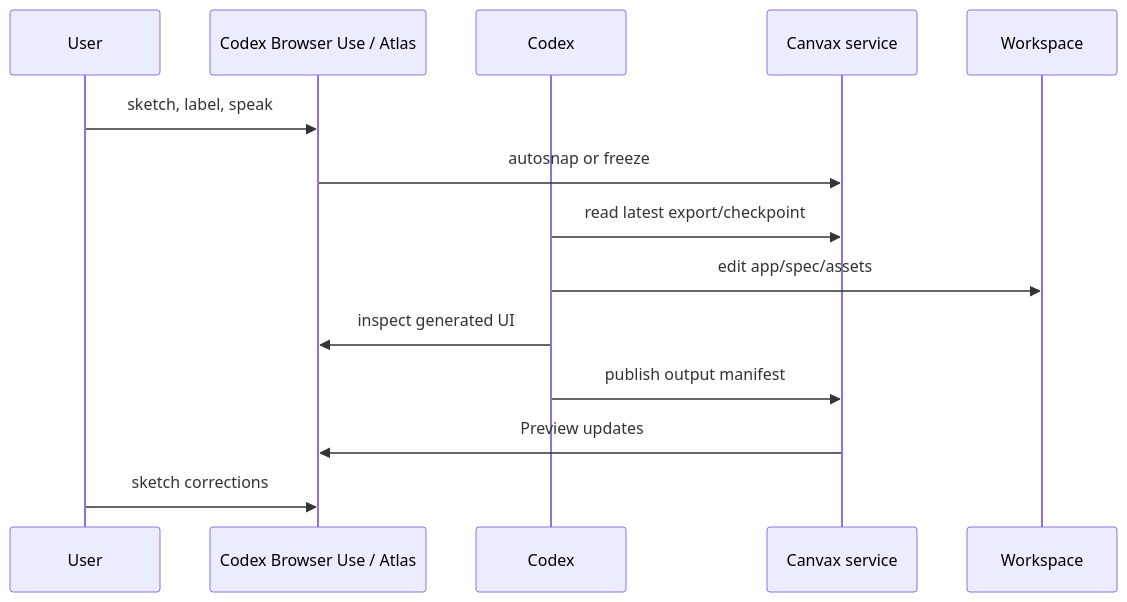
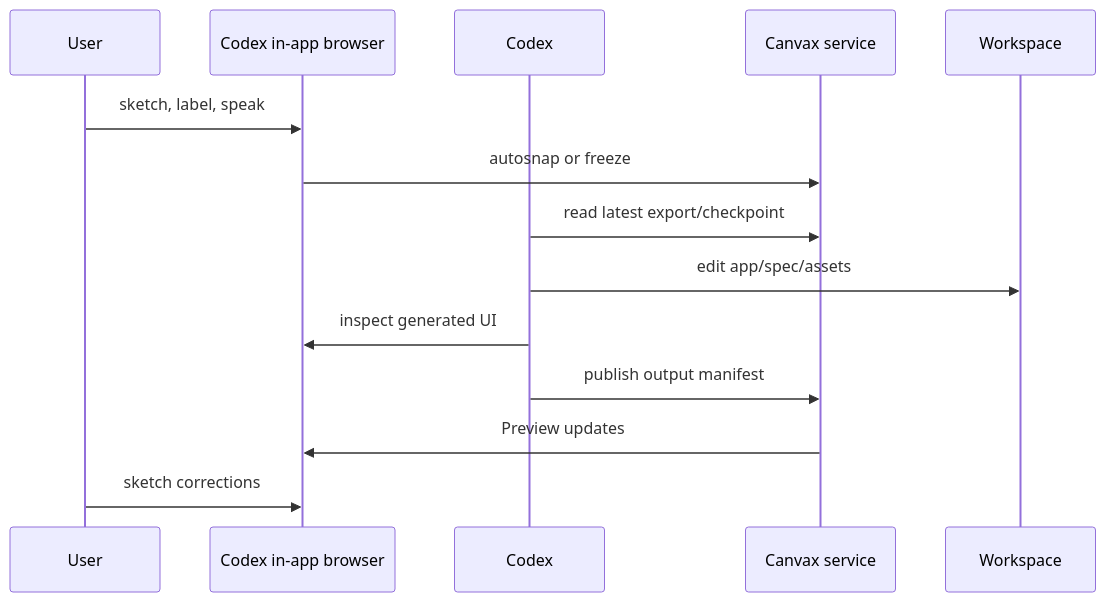
Before and after one commit to varshneydevansh/Canvax: the first of 2 diagrams in docs/CODEX_BROWSER_WORKFLOW.md, drawn with Mermaid. The commit also changed other lines of this file and 27 other files, not shown here.

````diff
--- a/docs/CODEX_BROWSER_WORKFLOW.md
+++ b/docs/CODEX_BROWSER_WORKFLOW.md
@@ -58,16 +58,16 @@
 ```mermaid
 sequenceDiagram
     participant U as User
-    participant B as Codex Browser Use / Atlas
+    participant B as Codex in-app browser
     participant C as Codex
     participant S as Canvax service
     participant W as Workspace
     U->>B: sketch, label, speak
     B->>S: autosnap or freeze
     C->>S: read latest export/checkpoint
     C->>W: edit app/spec/assets
     C->>B: inspect generated UI
     C->>S: publish output manifest
     S->>B: Preview updates
     U->>B: sketch corrections
 ```
````
